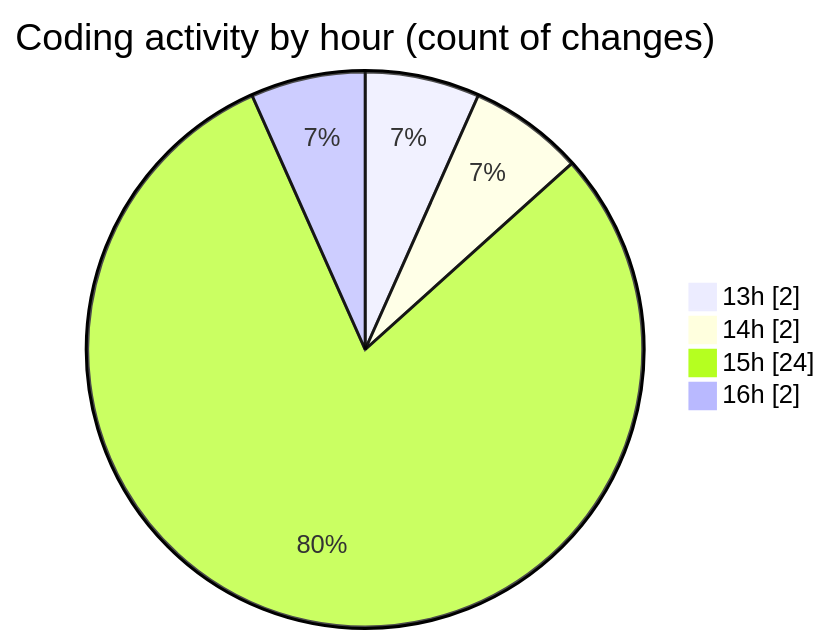
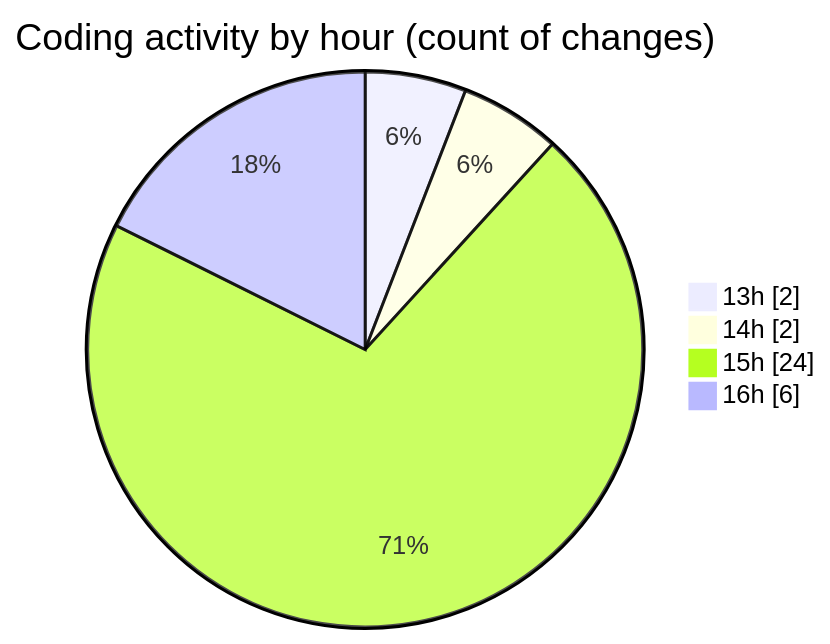
The second of 2 diagrams in 2025-06-17/nxtqube_webapp/README.md (nxtqubesakshisongat/code-tracking), drawn with Mermaid before and after one commit. The commit also changed other lines of this file and 1 other file, not shown here.

````diff
--- a/2025-06-17/nxtqube_webapp/README.md
+++ b/2025-06-17/nxtqube_webapp/README.md
@@ -28,8 +28,8 @@
 ```mermaid
 pie showData
 title Coding activity by hour (count of changes)
 "13h" : 2
 "14h" : 2
 "15h" : 24
-"16h" : 2
+"16h" : 6
 ```
````
